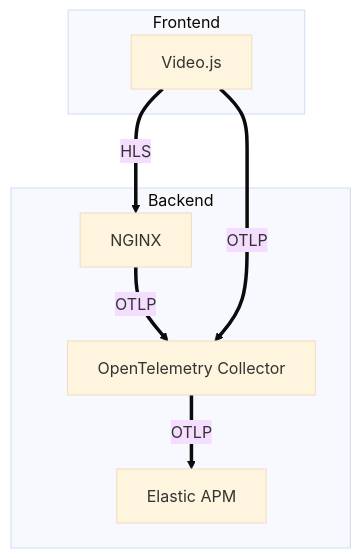
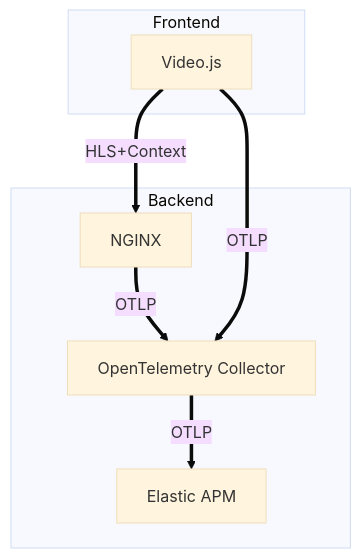
Before and after one commit to ty-elastic/videojs_observability: the first of 3 diagrams in README.md, drawn with Mermaid (base theme). The commit also changed other lines of this file, not shown here.

````diff
--- a/README.md
+++ b/README.md
@@ -19,11 +19,11 @@
 ```mermaid
 flowchart TB
     subgraph Backend
     NGINX == OTLP ==> OTC[OpenTelemetry Collector]
     OTC == OTLP ==> EA[Elastic APM]
     end
     subgraph Frontend
-    Video.js == HLS ==> NGINX
+    Video.js == HLS+Context ==> NGINX
     Video.js == OTLP ==> OTC[OpenTelemetry Collector]
     end
 ```
````
